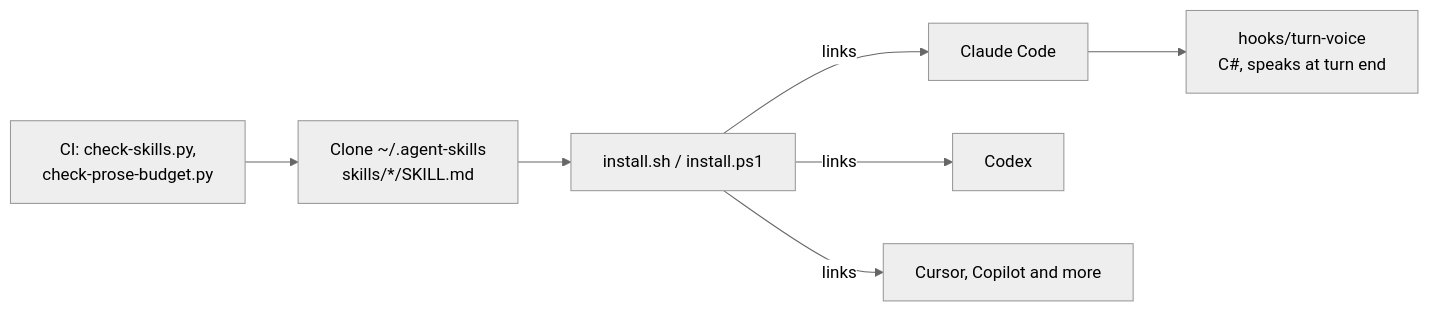
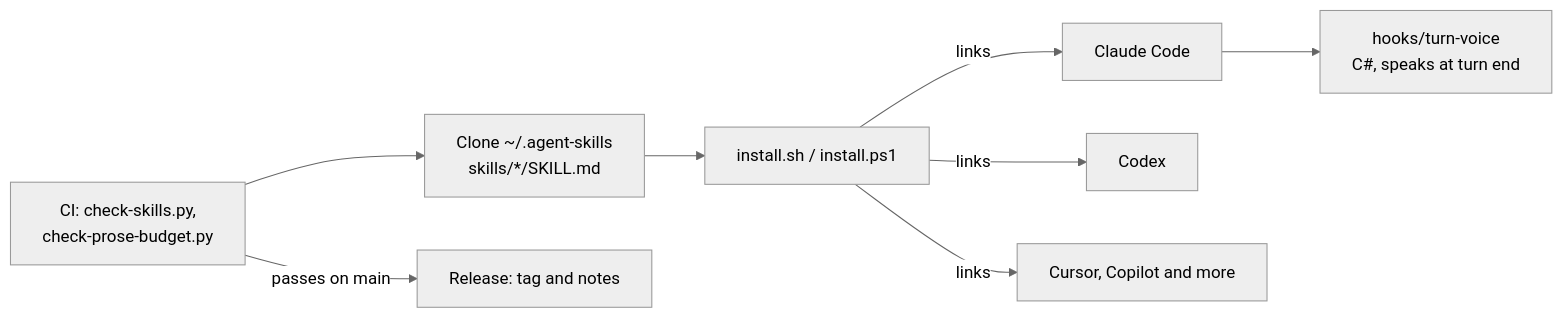
Before and after one commit to workbench-soft/agent-skills: the diagram in docs/architecture.md, drawn with Mermaid (neutral theme). The commit also changed other lines of this file and 7 other files, not shown here.

````diff
--- a/docs/architecture.md
+++ b/docs/architecture.md
@@ -5,9 +5,10 @@
 ```mermaid
 flowchart LR
   repo["Clone ~/.agent-skills<br/>skills/*/SKILL.md"] --> install["install.sh / install.ps1"]
   install -->|links| claude["Claude Code"]
   install -->|links| codex["Codex"]
   install -->|links| other["Cursor, Copilot and more"]
   claude --> hook["hooks/turn-voice<br/>C#, speaks at turn end"]
   ci["CI: check-skills.py,<br/>check-prose-budget.py"] --> repo
+  ci -->|passes on main| release["Release: tag and notes"]
 ```
````
